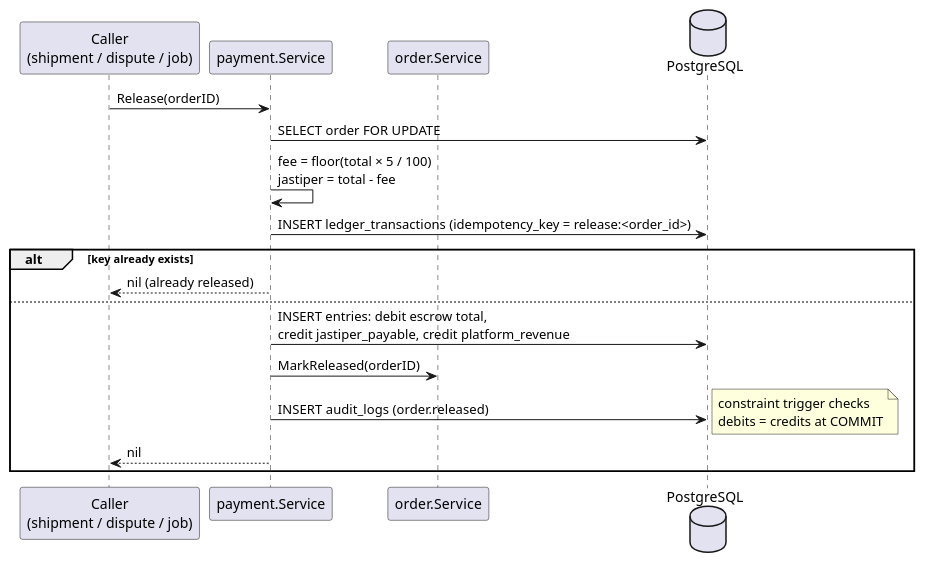
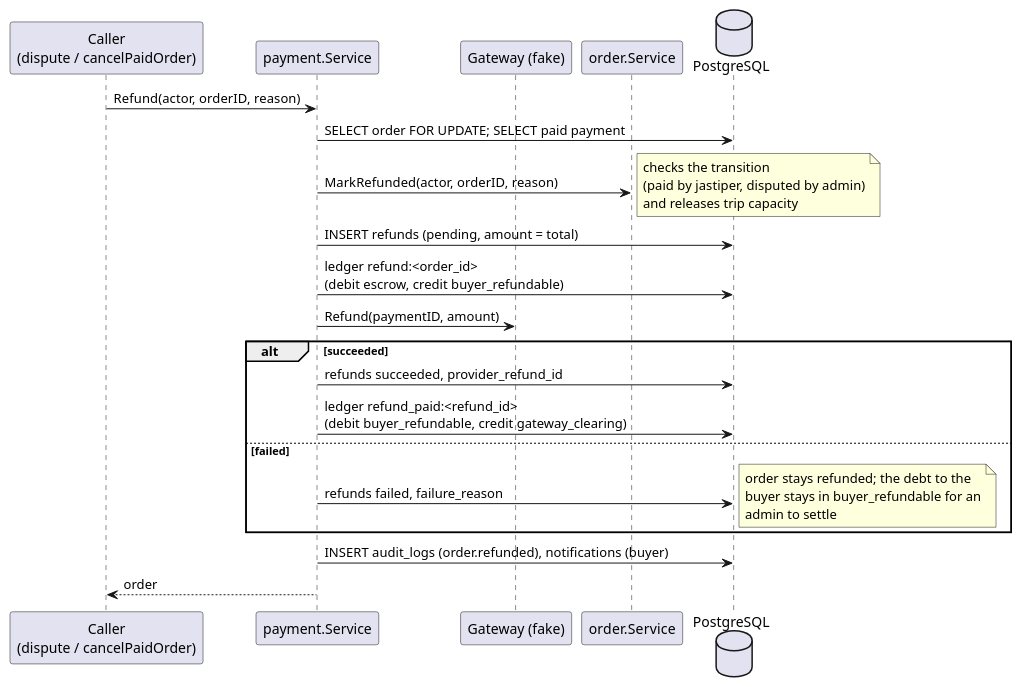
One commit to Titip-Dong/titipdong-be changed the fourth of 5 diagrams in docs/features/payment.md. Above: the diagram before and after it, drawn with PlantUML. The commit also changed other lines of this file and 11 other files, not shown here.

````diff
--- a/docs/features/payment.md
+++ b/docs/features/payment.md
@@ -293,22 +293,26 @@
 ```plantuml
 @startuml
-participant "Caller\n(shipment / dispute / job)" as C
+participant "Caller\n(dispute / cancelPaidOrder)" as C
 participant "payment.Service" as S
+participant "Gateway (fake)" as GW
 participant "order.Service" as O
 database PostgreSQL as DB
 
-C -> S : Release(orderID)
-S -> DB : SELECT order FOR UPDATE
-S -> S : fee = floor(total × 5 / 100)\njastiper = total - fee
-S -> DB : INSERT ledger_transactions (idempotency_key = release:<order_id>)
-alt key already exists
-  S --> C : nil (already released)
-else
-  S -> DB : INSERT entries: debit escrow total,\ncredit jastiper_payable, credit platform_revenue
-  S -> O : MarkReleased(orderID)
-  S -> DB : INSERT audit_logs (order.released)
-  note right : constraint trigger checks\ndebits = credits at COMMIT
-  S --> C : nil
+C -> S : Refund(actor, orderID, reason)
+S -> DB : SELECT order FOR UPDATE; SELECT paid payment
+S -> O : MarkRefunded(actor, orderID, reason)
+note right : checks the transition\n(paid by jastiper, disputed by admin)\nand releases trip capacity
+S -> DB : INSERT refunds (pending, amount = total)
+S -> DB : ledger refund:<order_id>\n(debit escrow, credit buyer_refundable)
+S -> GW : Refund(paymentID, amount)
+alt succeeded
+  S -> DB : refunds succeeded, provider_refund_id
+  S -> DB : ledger refund_paid:<refund_id>\n(debit buyer_refundable, credit gateway_clearing)
+else failed
+  S -> DB : refunds failed, failure_reason
+  note right : order stays refunded; the debt to the\nbuyer stays in buyer_refundable for an\nadmin to settle
 end
+S -> DB : INSERT audit_logs (order.refunded), notifications (buyer)
+S --> C : order
 @enduml
 ```
````
